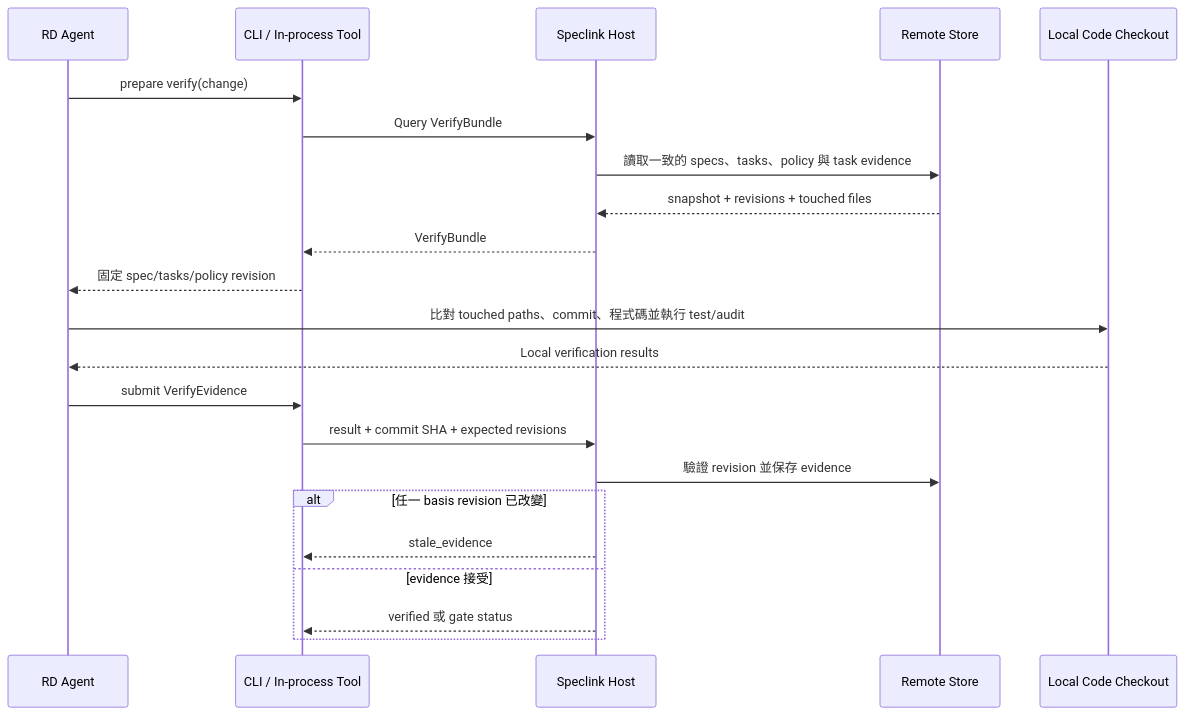
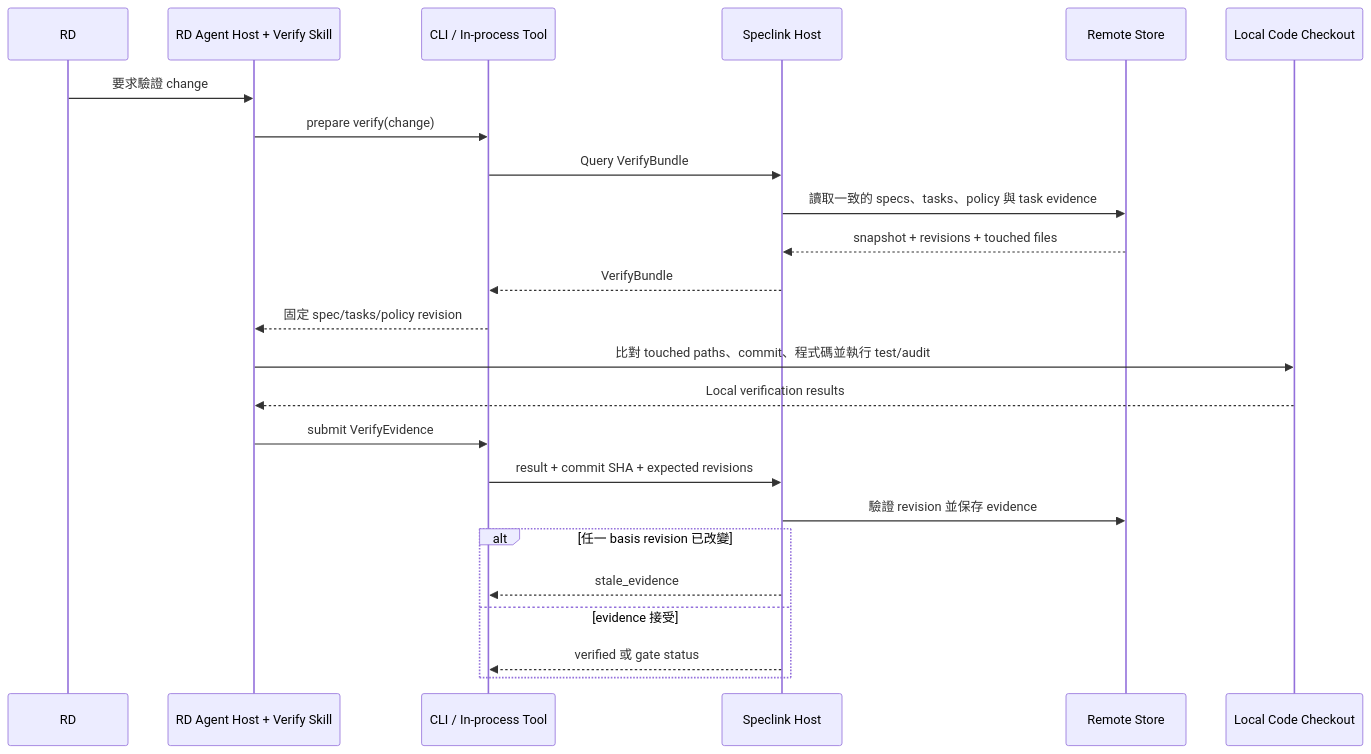
The fourth of 8 diagrams in docs/platform-architecture.zh-TW.md (MomoChenisMe/speclink), drawn with Mermaid before and after one commit. The commit also changed other lines of this file and 15 other files, not shown here.

First line of the commit message:
docs(platform): 定稿平台架構藍圖並收攏為唯一文件基準

````diff
--- a/docs/platform-architecture.zh-TW.md
+++ b/docs/platform-architecture.zh-TW.md
@@ -501,25 +622,27 @@
 ```mermaid
 sequenceDiagram
-    participant R as RD Agent
+    participant U as RD
+    participant R as RD Agent Host + Verify Skill
     participant C as CLI / In-process Tool
     participant H as Speclink Host
     participant S as Remote Store
     participant W as Local Code Checkout
 
+    U->>R: 要求驗證 change
     R->>C: prepare verify(change)
     C->>H: Query VerifyBundle
     H->>S: 讀取一致的 specs、tasks、policy 與 task evidence
     S-->>H: snapshot + revisions + touched files
     H-->>C: VerifyBundle
     C-->>R: 固定 spec/tasks/policy revision
     R->>W: 比對 touched paths、commit、程式碼並執行 test/audit
     W-->>R: Local verification results
     R->>C: submit VerifyEvidence
     C->>H: result + commit SHA + expected revisions
     H->>S: 驗證 revision 並保存 evidence
     alt 任一 basis revision 已改變
         H-->>C: stale_evidence
     else evidence 接受
         H-->>C: verified 或 gate status
     end
 ```
````
